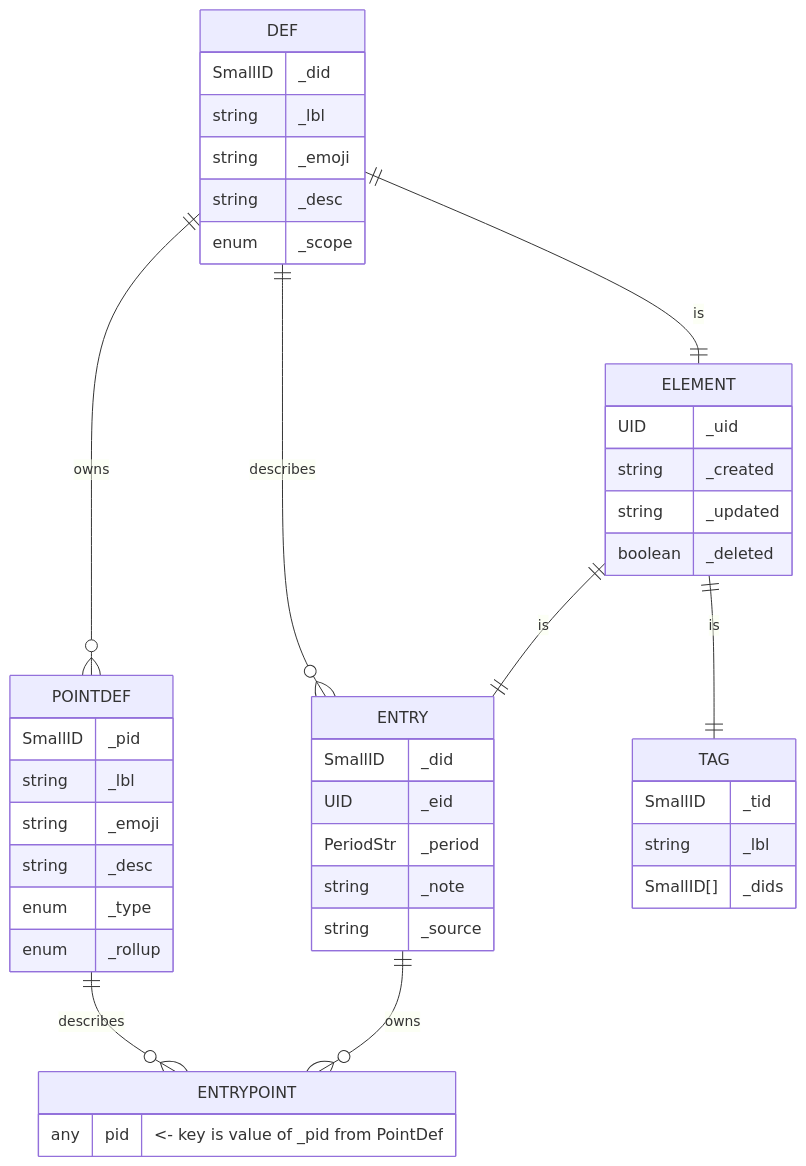
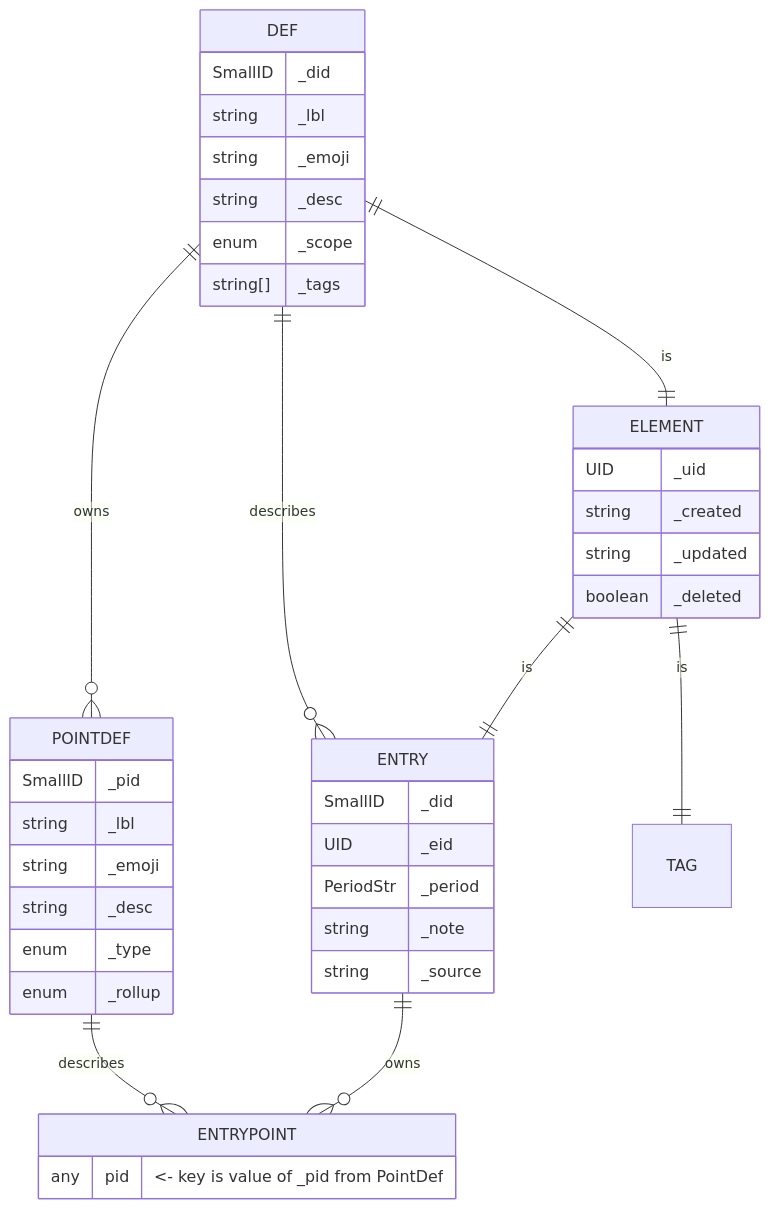
Before and after one commit to aarongilly/pdw: the second of 2 diagrams in README.md, drawn with Mermaid. The commit also changed other lines of this file and 10 other files, not shown here.

````diff
--- a/README.md
+++ b/README.md
@@ -114,50 +112,46 @@
 ```mermaid
 erDiagram
     DEF{
         SmallID _did
         string _lbl
         string _emoji
         string _desc
         enum _scope
-    }
-    TAG{
-        SmallID _tid
-        string _lbl
-        SmallID[] _dids
+        string[] _tags
     }
 
     ENTRY {
         SmallID _did
         UID _eid
         PeriodStr _period
         string _note
         string _source
     }
     POINTDEF{
         SmallID _pid
         string _lbl
         string _emoji
         string _desc
         enum _type
         enum _rollup
     }
     ELEMENT{
         UID _uid
         string _created
         string _updated
         boolean _deleted
     }
 
     DEF ||--o{ POINTDEF : owns
 
     DEF ||--o{ ENTRY : describes
     DEF ||--|| ELEMENT : is
     ELEMENT ||--|| ENTRY : is
     ELEMENT ||--|| TAG : is
     ENTRYPOINT {
         any pid "<- key is value of _pid from PointDef"
     }
     ENTRY ||--o{ ENTRYPOINT : owns
     POINTDEF ||--o{ ENTRYPOINT : describes
 
 ```
````
